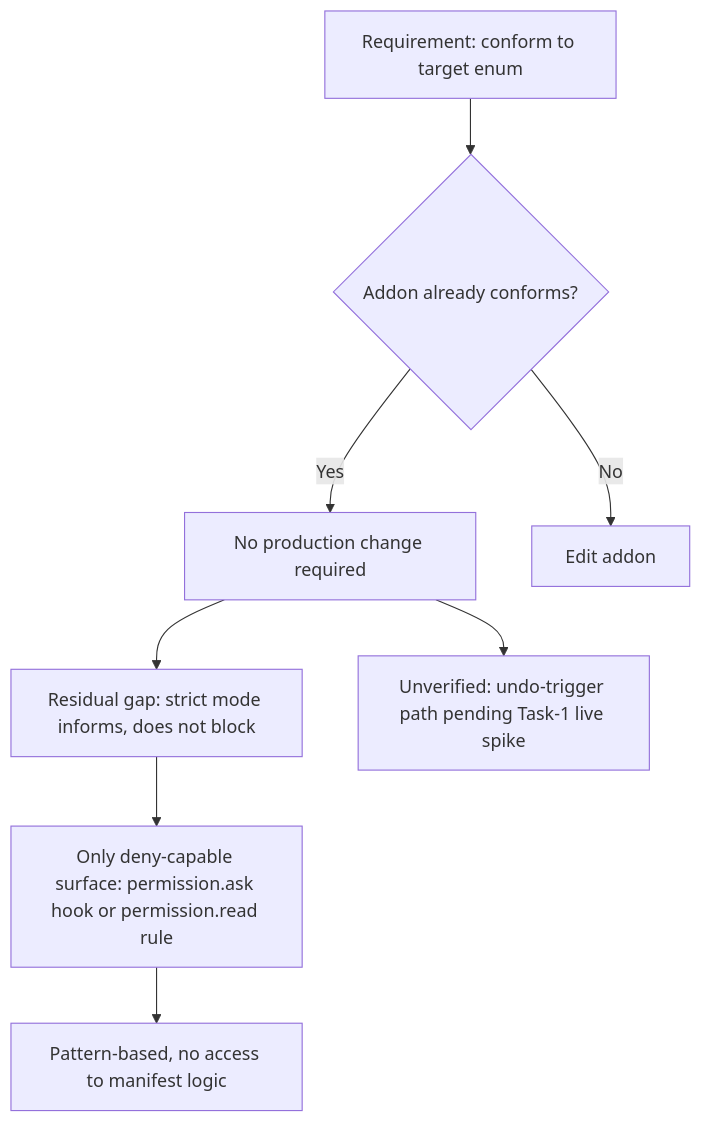
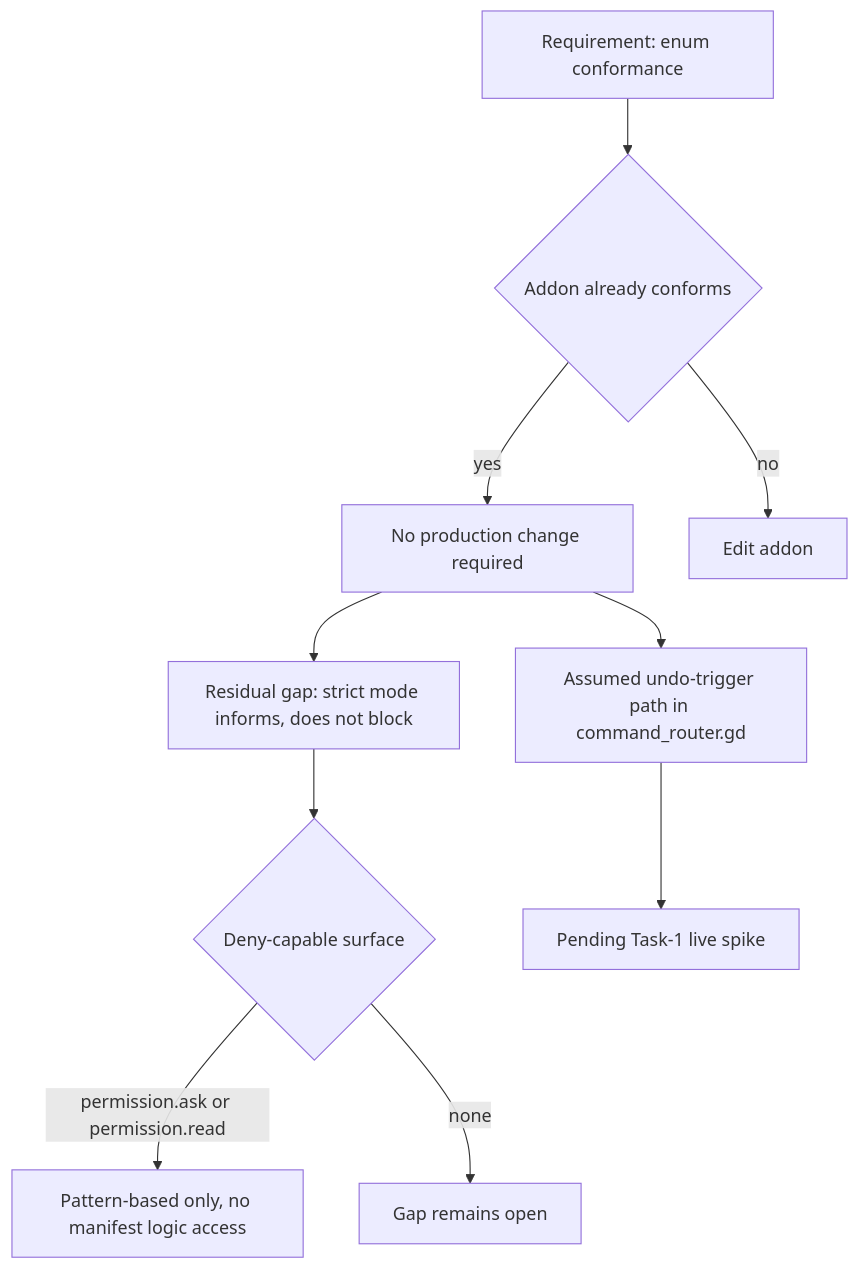
One commit to hybridindie/wiki-fabric changed the diagram in wiki/topics/no-code-change-required.md. Above: the diagram before and after it, drawn with Mermaid. The commit also changed other lines of this file and 43 other files, not shown here.

````diff
--- a/wiki/topics/no-code-change-required.md
+++ b/wiki/topics/no-code-change-required.md
@@ -34,10 +34,12 @@
 ```mermaid
 flowchart TD
-    A[Requirement: conform to target enum] --> B{Addon already conforms?}
-    B -- Yes --> C[No production change required]
-    B -- No --> D[Edit addon]
+    A[Requirement: enum conformance] --> B{Addon already conforms}
+    B -->|yes| C[No production change required]
+    B -->|no| D[Edit addon]
     C --> E[Residual gap: strict mode informs, does not block]
-    C --> F[Unverified: undo-trigger path pending Task-1 live spike]
-    E --> G[Only deny-capable surface: permission.ask hook or permission.read rule]
-    G --> H[Pattern-based, no access to manifest logic]
+    E --> F{Deny-capable surface}
+    F -->|permission.ask or permission.read| G[Pattern-based only, no manifest logic access]
+    F -->|none| H[Gap remains open]
+    C --> I[Assumed undo-trigger path in command_router.gd]
+    I --> J[Pending Task-1 live spike]
 ```
````
